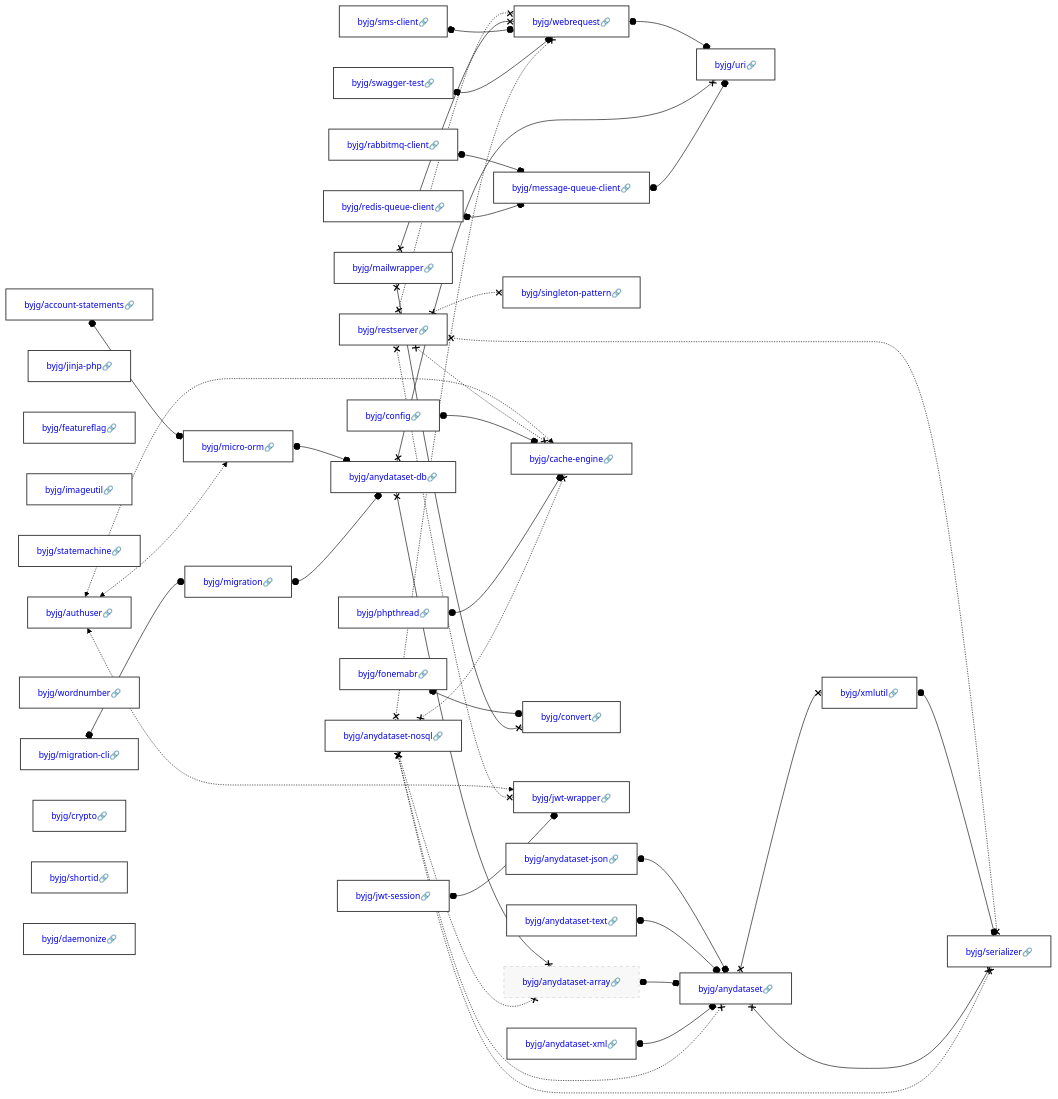
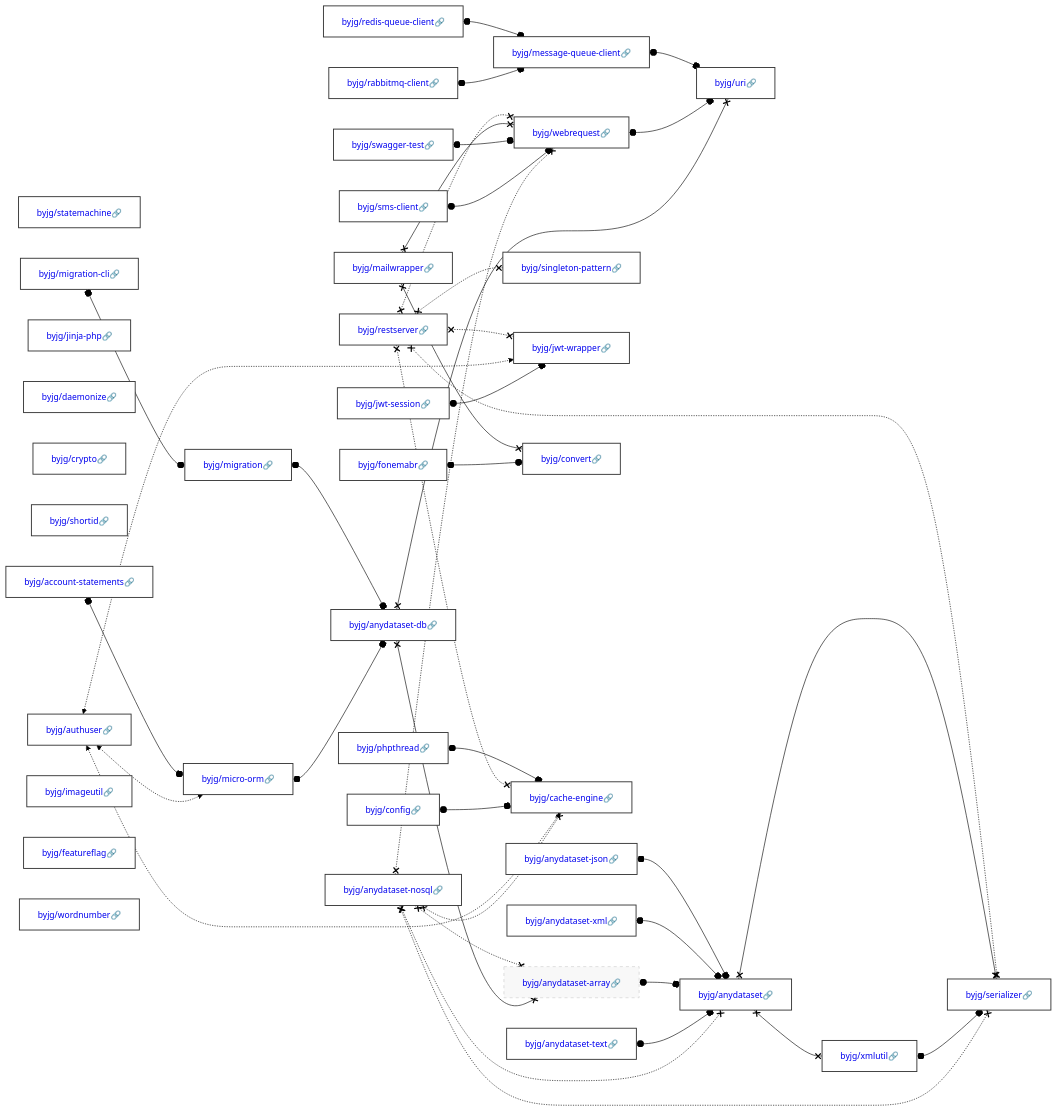
The diagram in docs/php/README.md (byjg/byjg.github.io), drawn with Mermaid (forest theme) before and after one commit. The commit also changed other lines of this file, not shown here.

Commit message:
Update documentation 'php' 'php-micro-orm'

````diff
--- a/docs/php/README.md
+++ b/docs/php/README.md
@@ -3,37 +3,37 @@
 ```mermaid
 graph LR;
-  byjg/swagger-test[<a href='https://opensource.byjg.com/docs/php/swagger-test' style='text-decoration:none'>byjg/swagger-test🔗</a>];
+  byjg/rabbitmq-client[<a href='https://opensource.byjg.com/docs/php/rabbitmq-client' style='text-decoration:none'>byjg/rabbitmq-client🔗</a>];
+  byjg/statemachine[<a href='https://opensource.byjg.com/docs/php/statemachine' style='text-decoration:none'>byjg/statemachine🔗</a>];
+  byjg/authuser[<a href='https://opensource.byjg.com/docs/php/authuser' style='text-decoration:none'>byjg/authuser🔗</a>];
+  byjg/jinja-php[<a href='https://opensource.byjg.com/docs/php/jinja-php' style='text-decoration:none'>byjg/jinja-php🔗</a>];
+  byjg/jwt-session[<a href='https://opensource.byjg.com/docs/php/jwt-session' style='text-decoration:none'>byjg/jwt-session🔗</a>];
+  byjg/anydataset-json[<a href='https://opensource.byjg.com/docs/php/anydataset-json' style='text-decoration:none'>byjg/anydataset-json🔗</a>];
   byjg/fonemabr[<a href='https://opensource.byjg.com/docs/php/fonemabr' style='text-decoration:none'>byjg/fonemabr🔗</a>];
+  byjg/daemonize[<a href='https://opensource.byjg.com/docs/php/daemonize' style='text-decoration:none'>byjg/daemonize🔗</a>];
+  byjg/anydataset-xml[<a href='https://opensource.byjg.com/docs/php/anydataset-xml' style='text-decoration:none'>byjg/anydataset-xml🔗</a>];
+  byjg/crypto[<a href='https://opensource.byjg.com/docs/php/crypto' style='text-decoration:none'>byjg/crypto🔗</a>];
+  byjg/restserver[<a href='https://opensource.byjg.com/docs/php/restserver' style='text-decoration:none'>byjg/restserver🔗</a>];
+  byjg/shortid[<a href='https://opensource.byjg.com/docs/php/shortid' style='text-decoration:none'>byjg/shortid🔗</a>];
   byjg/account-statements[<a href='https://opensource.byjg.com/docs/php/account-statements' style='text-decoration:none'>byjg/account-statements🔗</a>];
-  byjg/jinja-php[<a href='https://opensource.byjg.com/docs/php/jinja-php' style='text-decoration:none'>byjg/jinja-php🔗</a>];
+  byjg/anydataset-nosql[<a href='https://opensource.byjg.com/docs/php/anydataset-nosql' style='text-decoration:none'>byjg/anydataset-nosql🔗</a>];
+  byjg/migration-cli[<a href='https://opensource.byjg.com/docs/php/migration-cli' style='text-decoration:none'>byjg/migration-cli🔗</a>];
+  byjg/imageutil[<a href='https://opensource.byjg.com/docs/php/imageutil' style='text-decoration:none'>byjg/imageutil🔗</a>];
   byjg/featureflag[<a href='https://opensource.byjg.com/docs/php/featureflag' style='text-decoration:none'>byjg/featureflag🔗</a>];
-  byjg/imageutil[<a href='https://opensource.byjg.com/docs/php/imageutil' style='text-decoration:none'>byjg/imageutil🔗</a>];
-  byjg/statemachine[<a href='https://opensource.byjg.com/docs/php/statemachine' style='text-decoration:none'>byjg/statemachine🔗</a>];
-  byjg/phpthread[<a href='https://opensource.byjg.com/docs/php/phpthread' style='text-decoration:none'>byjg/phpthread🔗</a>];
-  byjg/anydataset-json[<a href='https://opensource.byjg.com/docs/php/anydataset-json' style='text-decoration:none'>byjg/anydataset-json🔗</a>];
-  byjg/restserver[<a href='https://opensource.byjg.com/docs/php/restserver' style='text-decoration:none'>byjg/restserver🔗</a>];
-  byjg/authuser[<a href='https://opensource.byjg.com/docs/php/authuser' style='text-decoration:none'>byjg/authuser🔗</a>];
-  byjg/wordnumber[<a href='https://opensource.byjg.com/docs/php/wordnumber' style='text-decoration:none'>byjg/wordnumber🔗</a>];
-  byjg/config[<a href='https://opensource.byjg.com/docs/php/config' style='text-decoration:none'>byjg/config🔗</a>];
+  byjg/sms-client[<a href='https://opensource.byjg.com/docs/php/sms-client' style='text-decoration:none'>byjg/sms-client🔗</a>];
   byjg/redis-queue-client[<a href='https://opensource.byjg.com/docs/php/redis-queue-client' style='text-decoration:none'>byjg/redis-queue-client🔗</a>];
-  byjg/rabbitmq-client[<a href='https://opensource.byjg.com/docs/php/rabbitmq-client' style='text-decoration:none'>byjg/rabbitmq-client🔗</a>];
-  byjg/anydataset-nosql[<a href='https://opensource.byjg.com/docs/php/anydataset-nosql' style='text-decoration:none'>byjg/anydataset-nosql🔗</a>];
   byjg/anydataset-text[<a href='https://opensource.byjg.com/docs/php/anydataset-text' style='text-decoration:none'>byjg/anydataset-text🔗</a>];
   byjg/mailwrapper[<a href='https://opensource.byjg.com/docs/php/mailwrapper' style='text-decoration:none'>byjg/mailwrapper🔗</a>];
-  byjg/migration-cli[<a href='https://opensource.byjg.com/docs/php/migration-cli' style='text-decoration:none'>byjg/migration-cli🔗</a>];
-  byjg/crypto[<a href='https://opensource.byjg.com/docs/php/crypto' style='text-decoration:none'>byjg/crypto🔗</a>];
-  byjg/shortid[<a href='https://opensource.byjg.com/docs/php/shortid' style='text-decoration:none'>byjg/shortid🔗</a>];
-  byjg/daemonize[<a href='https://opensource.byjg.com/docs/php/daemonize' style='text-decoration:none'>byjg/daemonize🔗</a>];
-  byjg/anydataset-xml[<a href='https://opensource.byjg.com/docs/php/anydataset-xml' style='text-decoration:none'>byjg/anydataset-xml🔗</a>];
-  byjg/jwt-session[<a href='https://opensource.byjg.com/docs/php/jwt-session' style='text-decoration:none'>byjg/jwt-session🔗</a>];
-  byjg/sms-client[<a href='https://opensource.byjg.com/docs/php/sms-client' style='text-decoration:none'>byjg/sms-client🔗</a>];
+  byjg/phpthread[<a href='https://opensource.byjg.com/docs/php/phpthread' style='text-decoration:none'>byjg/phpthread🔗</a>];
+  byjg/config[<a href='https://opensource.byjg.com/docs/php/config' style='text-decoration:none'>byjg/config🔗</a>];
+  byjg/wordnumber[<a href='https://opensource.byjg.com/docs/php/wordnumber' style='text-decoration:none'>byjg/wordnumber🔗</a>];
+  byjg/swagger-test[<a href='https://opensource.byjg.com/docs/php/swagger-test' style='text-decoration:none'>byjg/swagger-test🔗</a>];
   byjg/singleton-pattern[<a href='https://opensource.byjg.com/docs/php/singleton-pattern' style='text-decoration:none'>byjg/singleton-pattern🔗</a>];
+  byjg/jwt-wrapper[<a href='https://opensource.byjg.com/docs/php/jwt-wrapper' style='text-decoration:none'>byjg/jwt-wrapper🔗</a>];
   byjg/micro-orm[<a href='https://opensource.byjg.com/docs/php/micro-orm' style='text-decoration:none'>byjg/micro-orm🔗</a>];
+  byjg/migration[<a href='https://opensource.byjg.com/docs/php/migration' style='text-decoration:none'>byjg/migration🔗</a>];
   byjg/message-queue-client[<a href='https://opensource.byjg.com/docs/php/message-queue-client' style='text-decoration:none'>byjg/message-queue-client🔗</a>];
+  byjg/convert[<a href='https://opensource.byjg.com/docs/php/convert' style='text-decoration:none'>byjg/convert🔗</a>];
   byjg/cache-engine[<a href='https://opensource.byjg.com/docs/php/cache-engine' style='text-decoration:none'>byjg/cache-engine🔗</a>];
-  byjg/convert[<a href='https://opensource.byjg.com/docs/php/convert' style='text-decoration:none'>byjg/convert🔗</a>];
-  byjg/migration[<a href='https://opensource.byjg.com/docs/php/migration' style='text-decoration:none'>byjg/migration🔗</a>];
-  byjg/jwt-wrapper[<a href='https://opensource.byjg.com/docs/php/jwt-wrapper' style='text-decoration:none'>byjg/jwt-wrapper🔗</a>];
   byjg/webrequest[<a href='https://opensource.byjg.com/docs/php/webrequest' style='text-decoration:none'>byjg/webrequest🔗</a>];
   byjg/anydataset-db[<a href='https://opensource.byjg.com/docs/php/anydataset-db' style='text-decoration:none'>byjg/anydataset-db🔗</a>];
   byjg/anydataset-array[<a href='https://opensource.byjg.com/docs/php/anydataset-array' style='text-decoration:none'>byjg/anydataset-array🔗</a>];
@@ -41,44 +41,44 @@
   byjg/anydataset[<a href='https://opensource.byjg.com/docs/php/anydataset' style='text-decoration:none'>byjg/anydataset🔗</a>];
   byjg/xmlutil[<a href='https://opensource.byjg.com/docs/php/xmlutil' style='text-decoration:none'>byjg/xmlutil🔗</a>];
   byjg/serializer[<a href='https://opensource.byjg.com/docs/php/serializer' style='text-decoration:none'>byjg/serializer🔗</a>];
+  byjg/phpthread o--o byjg/cache-engine;
+  byjg/restserver x-.-x byjg/serializer;
+  byjg/restserver x-.-x byjg/singleton-pattern;
+  byjg/restserver x-.-x byjg/cache-engine;
+  byjg/restserver x-.-x byjg/webrequest;
+  byjg/restserver x-.-x byjg/jwt-wrapper;
+  byjg/message-queue-client o--o byjg/uri;
+  byjg/migration-cli o--o byjg/migration;
+  byjg/anydataset-json o--o byjg/anydataset;
+  byjg/mailwrapper x--x byjg/convert;
+  byjg/mailwrapper x--x byjg/webrequest;
+  byjg/swagger-test o--o byjg/webrequest;
+  byjg/fonemabr o--o byjg/convert;
   byjg/redis-queue-client o--o byjg/message-queue-client;
   byjg/migration o--o byjg/anydataset-db;
+  byjg/anydataset-xml o--o byjg/anydataset;
+  byjg/anydataset-array o--o byjg/anydataset;
+  byjg/config o--o byjg/cache-engine;
+  byjg/sms-client o--o byjg/webrequest;
+  byjg/webrequest o--o byjg/uri;
+  byjg/anydataset-text o--o byjg/anydataset;
+  byjg/anydataset x--x byjg/serializer;
+  byjg/anydataset x--x byjg/xmlutil;
+  byjg/xmlutil o--o byjg/serializer;
+  byjg/account-statements o--o byjg/micro-orm;
+  byjg/rabbitmq-client o--o byjg/message-queue-client;
+  byjg/micro-orm o--o byjg/anydataset-db;
+  byjg/authuser <-.-> byjg/micro-orm;
+  byjg/authuser <-.-> byjg/cache-engine;
+  byjg/authuser <-.-> byjg/jwt-wrapper;
   byjg/anydataset-nosql x-.-x byjg/anydataset;
   byjg/anydataset-nosql x-.-x byjg/anydataset-array;
   byjg/anydataset-nosql x-.-x byjg/serializer;
   byjg/anydataset-nosql x-.-x byjg/webrequest;
   byjg/anydataset-nosql x-.-x byjg/cache-engine;
-  byjg/swagger-test o--o byjg/webrequest;
-  byjg/anydataset-xml o--o byjg/anydataset;
-  byjg/micro-orm o--o byjg/anydataset-db;
-  byjg/sms-client o--o byjg/webrequest;
-  byjg/anydataset x--x byjg/serializer;
-  byjg/anydataset x--x byjg/xmlutil;
-  byjg/jwt-session o--o byjg/jwt-wrapper;
-  byjg/xmlutil o--o byjg/serializer;
-  byjg/migration-cli o--o byjg/migration;
-  byjg/anydataset-array o--o byjg/anydataset;
-  byjg/message-queue-client o--o byjg/uri;
-  byjg/phpthread o--o byjg/cache-engine;
-  byjg/anydataset-text o--o byjg/anydataset;
   byjg/anydataset-db x--x byjg/anydataset-array;
   byjg/anydataset-db x--x byjg/uri;
-  byjg/anydataset-json o--o byjg/anydataset;
-  byjg/config o--o byjg/cache-engine;
-  byjg/mailwrapper x--x byjg/convert;
-  byjg/mailwrapper x--x byjg/webrequest;
-  byjg/rabbitmq-client o--o byjg/message-queue-client;
-  byjg/restserver x-.-x byjg/serializer;
-  byjg/restserver x-.-x byjg/singleton-pattern;
-  byjg/restserver x-.-x byjg/cache-engine;
-  byjg/restserver x-.-x byjg/webrequest;
-  byjg/restserver x-.-x byjg/jwt-wrapper;
-  byjg/fonemabr o--o byjg/convert;
-  byjg/authuser <-.-> byjg/micro-orm;
-  byjg/authuser <-.-> byjg/cache-engine;
-  byjg/authuser <-.-> byjg/jwt-wrapper;
-  byjg/webrequest o--o byjg/uri;
-  byjg/account-statements o--o byjg/micro-orm;
+  byjg/jwt-session o--o byjg/jwt-wrapper;
   classDef default fill:#ffffff,stroke:#333,stroke-width:1.5px,color:#000,font-size:14px;
   classDef highlight fill:#ffef96,stroke:#ff9900,stroke-width:3px;
   classDef deprecated fill:#f8f8f8,stroke:#cccccc,stroke-dasharray: 5 5,stroke-width:1px,color:#999;
````
